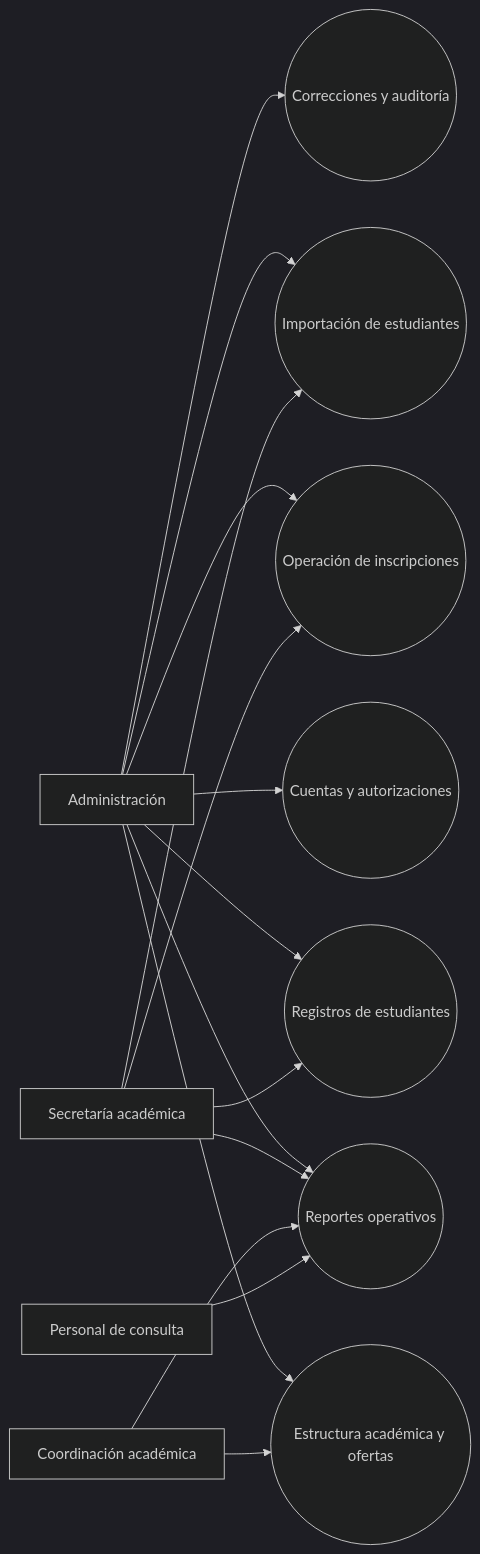
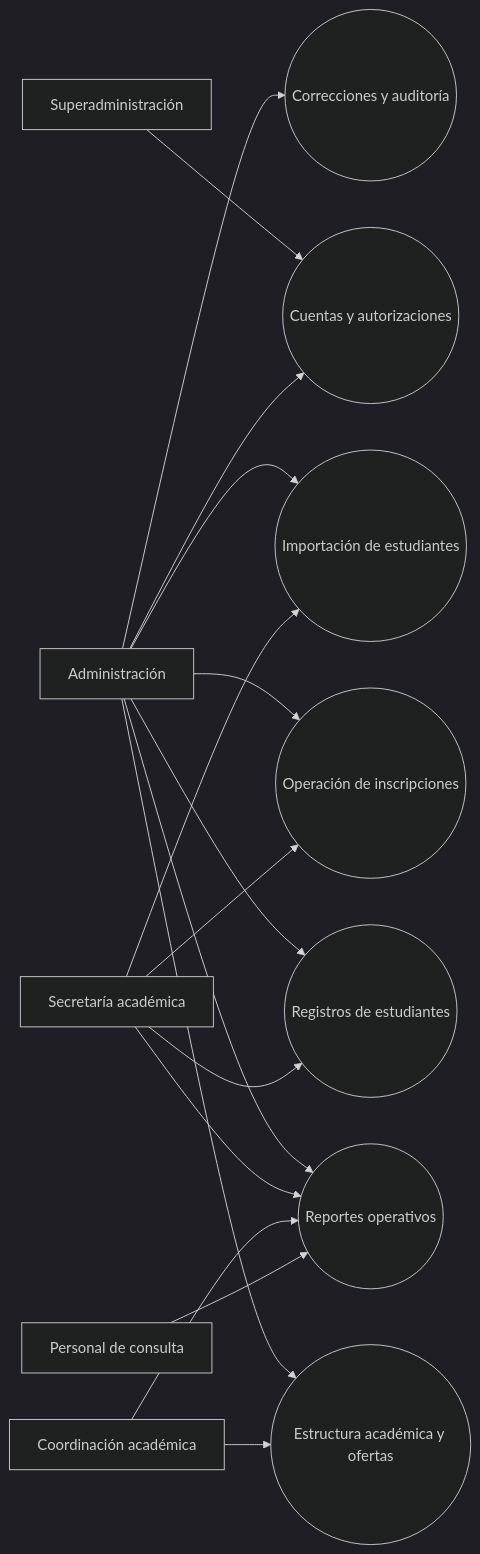
The diagram in docs/04-analysis/01-actors.md (EderPanta18/academic-management-api), drawn with Mermaid (dark theme) before and after one commit. The commit also changed other lines of this file and 24 other files, not shown here.

Commit message:
docs: update architecture and access control

````diff
--- a/docs/04-analysis/01-actors.md
+++ b/docs/04-analysis/01-actors.md
@@ -33,30 +34,32 @@
 ```mermaid
 flowchart LR
+    SA[Superadministración]
     A[Administración]
     S[Secretaría académica]
     C[Coordinación académica]
     V[Personal de consulta]
 
     U((Cuentas y autorizaciones))
     B((Registros de estudiantes))
     D((Estructura académica y ofertas))
     I((Operación de inscripciones))
     M((Importación de estudiantes))
     R((Reportes operativos))
     X((Correcciones y auditoría))
 
+    SA --> U
     A --> U
     A --> B
     A --> D
     A --> I
     A --> M
     A --> R
     A --> X
     S --> B
     S --> I
     S --> M
     S --> R
     C --> D
     C --> R
     V --> R
 ```
````
